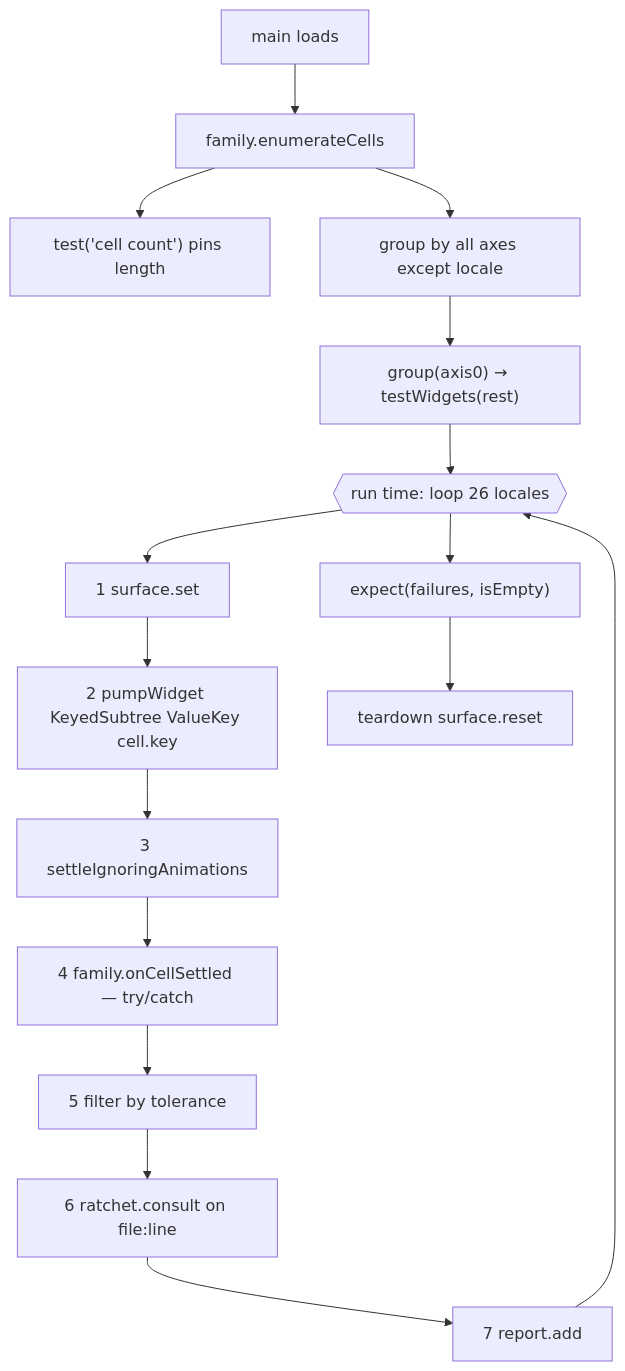
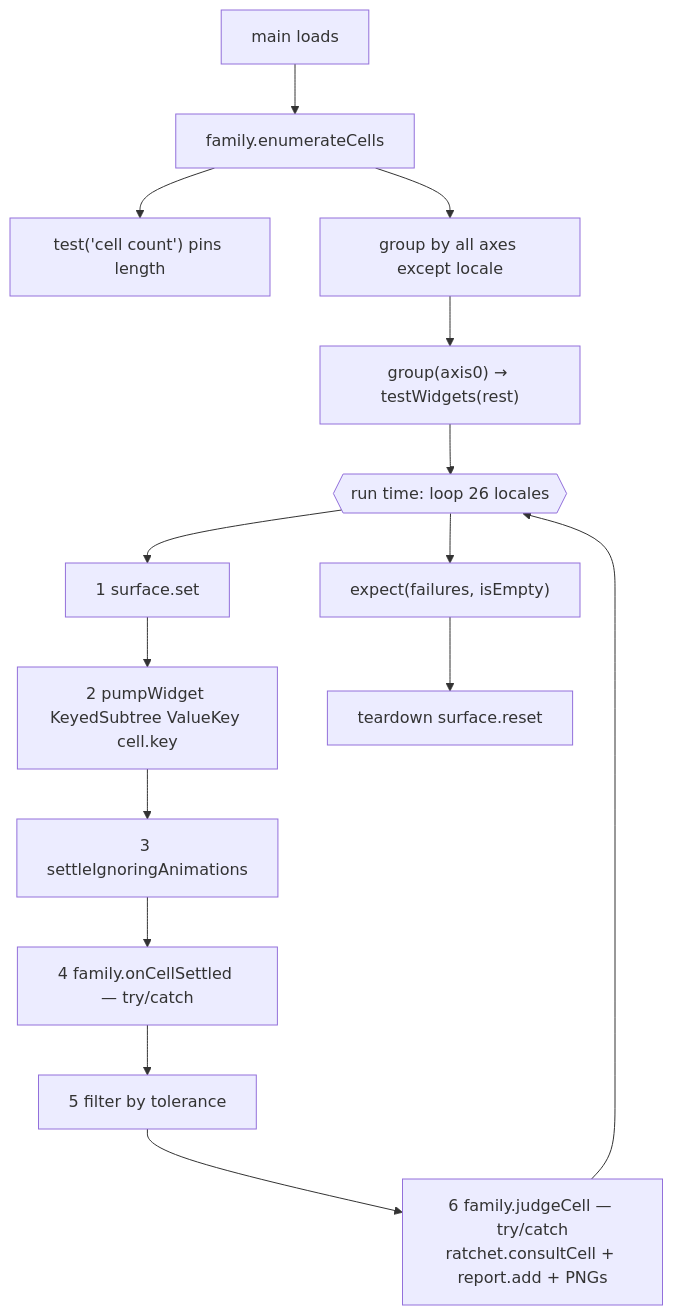
The second of 2 diagrams in doc/testing/overflow_gate_architecture.md (linksys/PrivacyGUI), drawn with Mermaid before and after one commit. The commit also changed other lines of this file and 10 other files, not shown here.

````diff
--- a/doc/testing/overflow_gate_architecture.md
+++ b/doc/testing/overflow_gate_architecture.md
@@ -576,18 +628,17 @@
 ```mermaid
 flowchart TD
   A[main loads] --> B[family.enumerateCells]
   B --> C["test('cell count') pins length"]
   B --> D[group by all axes except locale]
   D --> E["group(axis0) → testWidgets(rest)"]
   E --> F{{run time: loop 26 locales}}
   F --> G[1 surface.set]
   G --> H[2 pumpWidget KeyedSubtree ValueKey cell.key]
   H --> I[3 settleIgnoringAnimations]
   I --> J[4 family.onCellSettled — try/catch]
   J --> K[5 filter by tolerance]
-  K --> L[6 ratchet.consult on file:line]
-  L --> M[7 report.add]
-  M --> F
+  K --> L["6 family.judgeCell — try/catch<br/>ratchet.consultCell + report.add + PNGs"]
+  L --> F
   F --> N["expect(failures, isEmpty)"]
   N --> O[teardown surface.reset]
 ```
````
